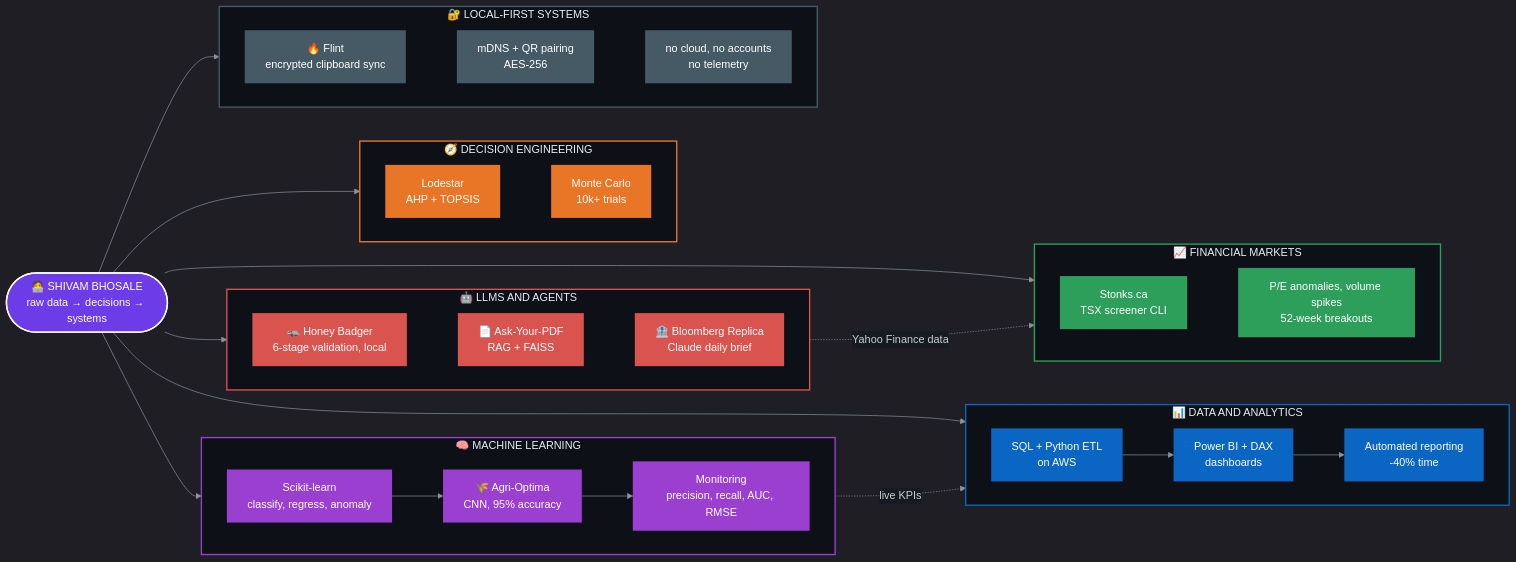
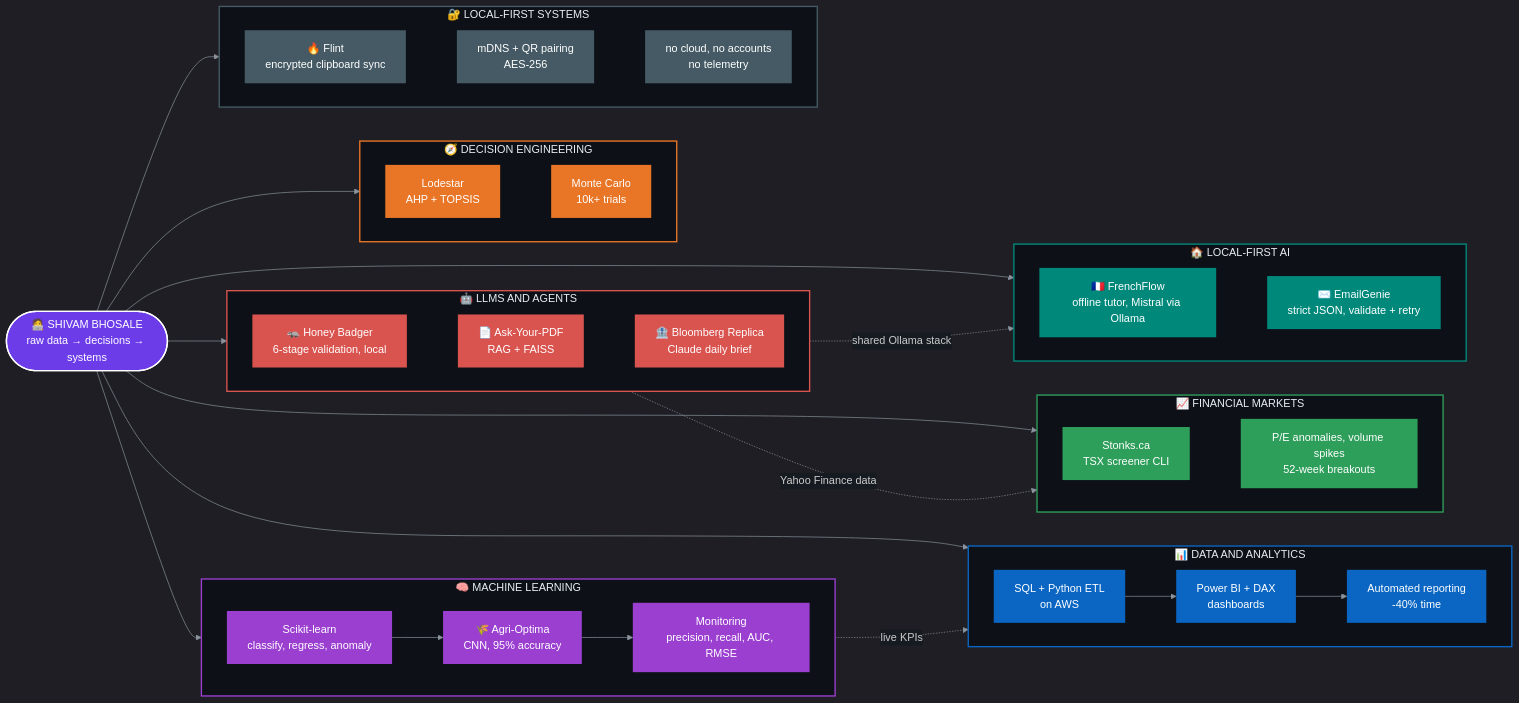
One commit to ShivamBhosale/ShivamBhosale changed the diagram in README.md. Above: the diagram before and after it, drawn with Mermaid. The commit also changed other lines of this file, not shown here.

````diff
--- a/README.md
+++ b/README.md
@@ -31,68 +32,78 @@
 ```mermaid
 %%{init: {"theme":"dark","themeVariables":{"fontFamily":"monospace","edgeLabelBackground":"#161b22","lineColor":"#8b949e"}}}%%
 flowchart LR
     ME(["🧑‍💻 SHIVAM BHOSALE<br/>raw data → decisions → systems"])
 
     subgraph DATA["📊 DATA AND ANALYTICS"]
         direction LR
         D1["SQL + Python ETL<br/>on AWS"] --> D2["Power BI + DAX<br/>dashboards"] --> D3["Automated reporting<br/>-40% time"]
     end
 
     subgraph ML["🧠 MACHINE LEARNING"]
         direction LR
         ML1["Scikit-learn<br/>classify, regress, anomaly"] --> ML2["🌾 Agri-Optima<br/>CNN, 95% accuracy"] --> ML3["Monitoring<br/>precision, recall, AUC, RMSE"]
     end
 
     subgraph AI["🤖 LLMS AND AGENTS"]
         direction LR
         A1["🦡 Honey Badger<br/>6-stage validation, local"] ~~~ A2["📄 Ask-Your-PDF<br/>RAG + FAISS"] ~~~ A3["🏦 Bloomberg Replica<br/>Claude daily brief"]
     end
 
     subgraph MKT["📈 FINANCIAL MARKETS"]
         direction LR
         F1["Stonks.ca<br/>TSX screener CLI"] ~~~ F2["P/E anomalies, volume spikes<br/>52-week breakouts"]
     end
 
     subgraph DEC["🧭 DECISION ENGINEERING"]
         direction LR
         DE1["Lodestar<br/>AHP + TOPSIS"] ~~~ DE2["Monte Carlo<br/>10k+ trials"]
     end
 
     subgraph SYS["🔐 LOCAL-FIRST SYSTEMS"]
         direction LR
         S1["🔥 Flint<br/>encrypted clipboard sync"] ~~~ S2["mDNS + QR pairing<br/>AES-256"] ~~~ S3["no cloud, no accounts<br/>no telemetry"]
     end
 
+    subgraph LAI["🏠 LOCAL-FIRST AI"]
+        direction LR
+        L1["🇫🇷 FrenchFlow<br/>offline tutor, Mistral via Ollama"] ~~~ L2["✉️ EmailGenie<br/>strict JSON, validate + retry"]
+    end
+
     ME --> D1
     ME --> ML1
     ME --> A1
     ME --> F1
     ME --> DE1
     ME --> S1
+    ME --> L1
 
     ML1 -.->|"live KPIs"| D2
     A3 -.->|"Yahoo Finance data"| F1
+    A1 -.->|"shared Ollama stack"| L1
 
     classDef hub fill:#6C3CE9,color:#fff,stroke:#fff,stroke-width:2px
     classDef data fill:#0A66C2,color:#fff,stroke:none
     classDef ml fill:#9B3FD1,color:#fff,stroke:none
     classDef ai fill:#D9534F,color:#fff,stroke:none
     classDef mkt fill:#2E9E5B,color:#fff,stroke:none
     classDef dec fill:#E97627,color:#fff,stroke:none
     classDef sys fill:#455A64,color:#fff,stroke:none
+    classDef lai fill:#00897B,color:#fff,stroke:none
 
     class ME hub
     class D1,D2,D3 data
     class ML1,ML2,ML3 ml
     class A1,A2,A3 ai
     class F1,F2 mkt
     class DE1,DE2 dec
     class S1,S2,S3 sys
+    class L1,L2 lai
 
     style DATA fill:#0d1117,stroke:#0A66C2,stroke-width:2px,color:#e6edf3
     style ML fill:#0d1117,stroke:#9B3FD1,stroke-width:2px,color:#e6edf3
     style AI fill:#0d1117,stroke:#D9534F,stroke-width:2px,color:#e6edf3
     style MKT fill:#0d1117,stroke:#2E9E5B,stroke-width:2px,color:#e6edf3
     style DEC fill:#0d1117,stroke:#E97627,stroke-width:2px,color:#e6edf3
     style SYS fill:#0d1117,stroke:#455A64,stroke-width:2px,color:#e6edf3
+    style LAI fill:#0d1117,stroke:#00897B,stroke-width:2px,color:#e6edf3
 ```
````
